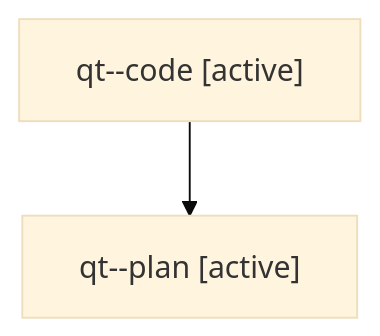
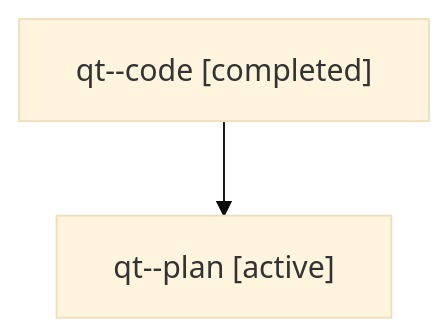
Before and after one commit to sase-org/sase--agents: the diagram in sessions/bbugyi200.athena.qt.md, drawn with Mermaid (base theme). The commit also changed other lines of this file and 5 other files, not shown here.

````diff
--- a/sessions/bbugyi200.athena.qt.md
+++ b/sessions/bbugyi200.athena.qt.md
@@ -9,6 +9,6 @@
 ```mermaid
 flowchart TD
-  n0["qt--code [active]"]
+  n0["qt--code [completed]"]
   n1["qt--plan [active]"]
   n0 --> n1
 ```
````
